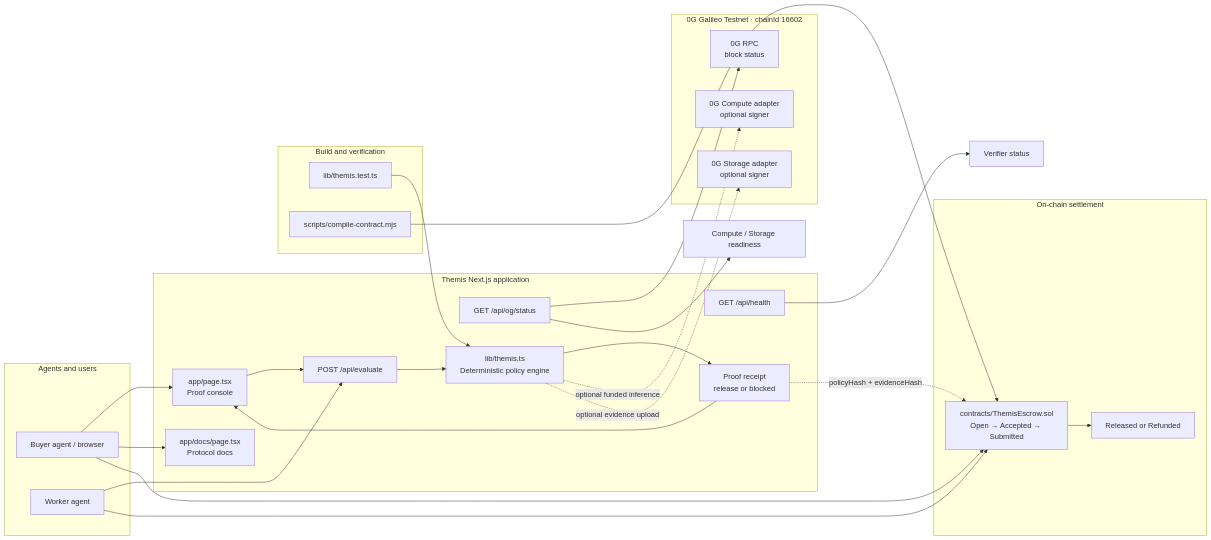
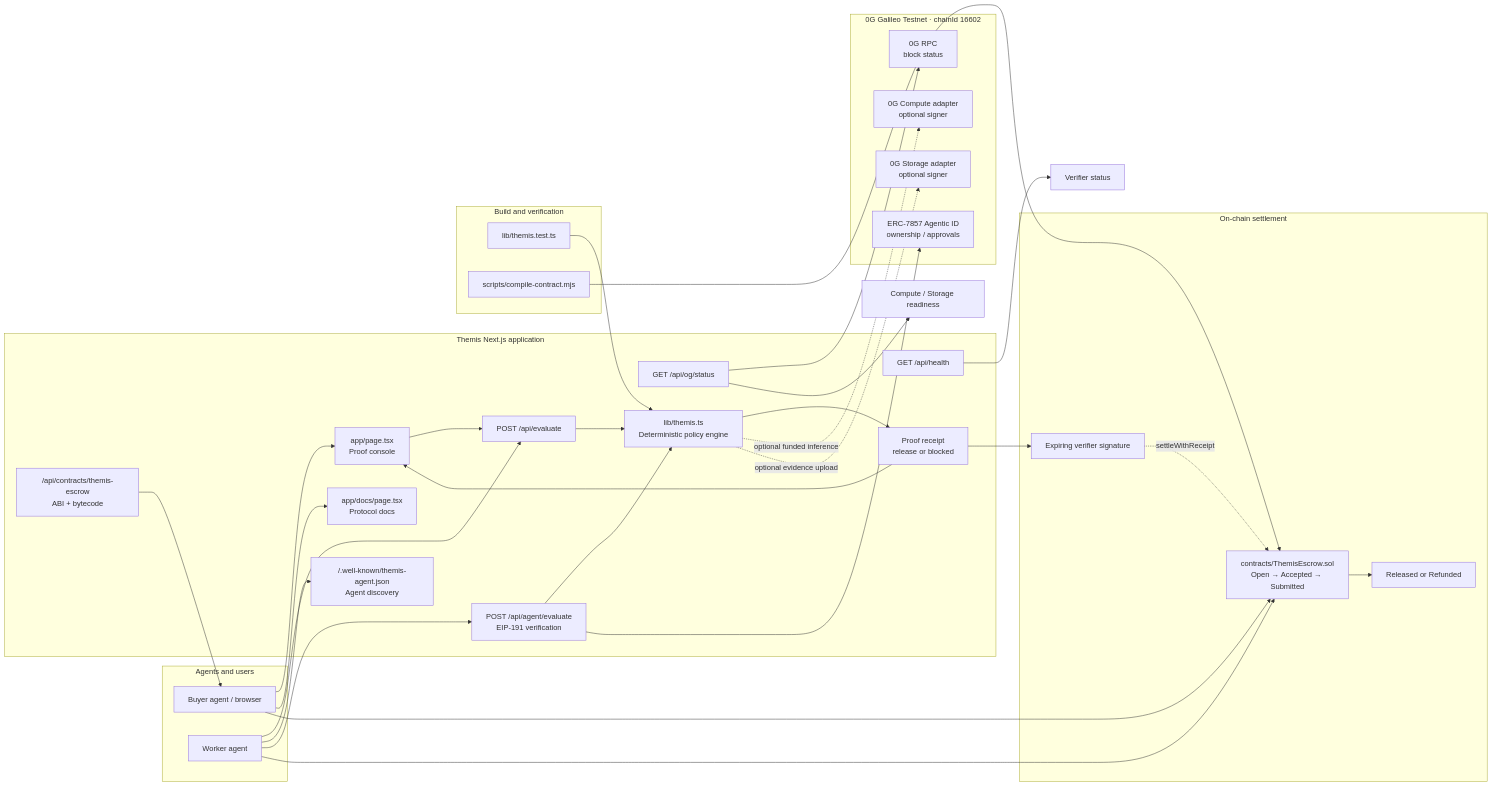
Before and after one commit to 0xNexuz/themis: the diagram in README.md, drawn with Mermaid. The commit also changed other lines of this file and 18 other files, not shown here.

````diff
--- a/README.md
+++ b/README.md
@@ -195,56 +226,67 @@
 ```mermaid
 flowchart LR
   subgraph Clients["Agents and users"]
     Buyer["Buyer agent / browser"]
     Worker["Worker agent"]
   end
 
   subgraph App["Themis Next.js application"]
     UI["app/page.tsx<br/>Proof console"]
     Docs["app/docs/page.tsx<br/>Protocol docs"]
     Evaluate["POST /api/evaluate"]
+    AgentEvaluate["POST /api/agent/evaluate<br/>EIP-191 verification"]
+    Manifest["/.well-known/themis-agent.json<br/>Agent discovery"]
+    Artifact["/api/contracts/themis-escrow<br/>ABI + bytecode"]
     Health["GET /api/health"]
     Status["GET /api/og/status"]
     Engine["lib/themis.ts<br/>Deterministic policy engine"]
     Receipt["Proof receipt<br/>release or blocked"]
   end
 
   subgraph OG["0G Galileo Testnet · chainId 16602"]
     RPC["0G RPC<br/>block status"]
     Compute["0G Compute adapter<br/>optional signer"]
     Storage["0G Storage adapter<br/>optional signer"]
+    AgenticID["ERC-7857 Agentic ID<br/>ownership / approvals"]
   end
 
   subgraph Settlement["On-chain settlement"]
     Escrow["contracts/ThemisEscrow.sol<br/>Open → Accepted → Submitted"]
+    Authorization["Expiring verifier signature"]
     Outcome["Released or Refunded"]
   end
 
   subgraph Verification["Build and verification"]
     Tests["lib/themis.test.ts"]
     Compile["scripts/compile-contract.mjs"]
   end
 
   Buyer --> UI
   Buyer --> Docs
   Worker --> Evaluate
+  Worker --> Manifest
+  Worker --> AgentEvaluate
   UI --> Evaluate
   Evaluate --> Engine
+  AgentEvaluate --> Engine
+  AgentEvaluate --> AgenticID
   Engine --> Receipt
   Receipt --> UI
 
   Health --> HealthResponse["Verifier status"]
   Status --> RPC
   Status --> AdapterStatus["Compute / Storage readiness"]
 
   Engine -. "optional funded inference" .-> Compute
   Engine -. "optional evidence upload" .-> Storage
 
   Buyer --> Escrow
   Worker --> Escrow
-  Receipt -. "policyHash + evidenceHash" .-> Escrow
+  Artifact --> Buyer
+  Receipt --> Authorization
+  Authorization -. "settleWithReceipt" .-> Escrow
   Escrow --> Outcome
 
   Tests --> Engine
   Compile --> Escrow
 ```
````
